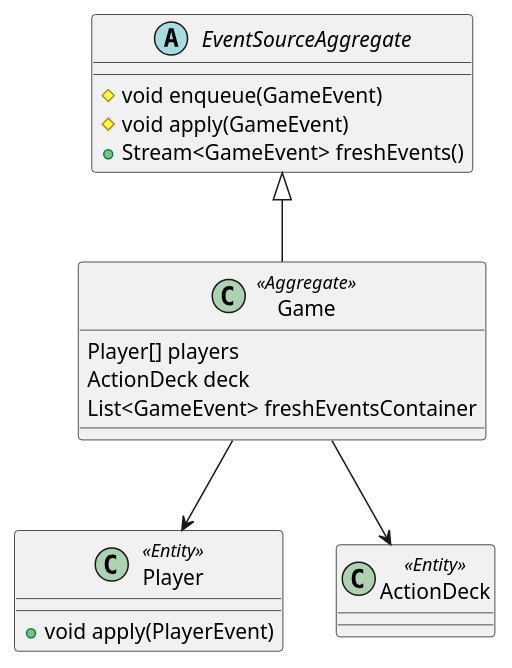
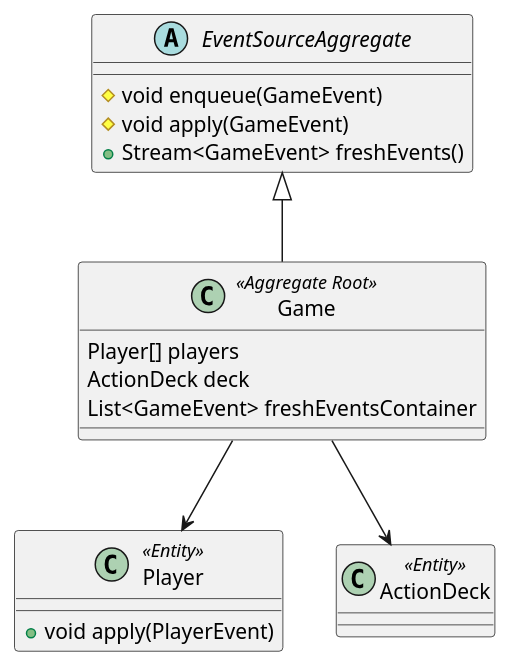
The diagram in diagrams-docs/game-aggregate-class.puml (jitterted/tdd-game), drawn with PlantUML before and after one commit. The commit also changed 7 other files, not shown here.

```diff
--- a/diagrams-docs/game-aggregate-class.puml
+++ b/diagrams-docs/game-aggregate-class.puml
@@ -1,28 +1,28 @@
 @startuml
 'https://plantuml.com/class-diagram
 
 abstract class EventSourceAggregate {
 #void enqueue(GameEvent)
 #void apply(GameEvent)
 +Stream<GameEvent> freshEvents()
 }
 
-class Game << Aggregate >> {
+class Game << Aggregate Root >> {
 Player[] players
 ActionDeck deck
 List<GameEvent> freshEventsContainer
 }
 
 Game -up-|> EventSourceAggregate
 
 class Player << Entity >> {
 +void apply(PlayerEvent)
 }
 
 class ActionDeck << Entity >> {
 }
 
 Game --> Player
 Game --> ActionDeck
 
 @enduml
```
